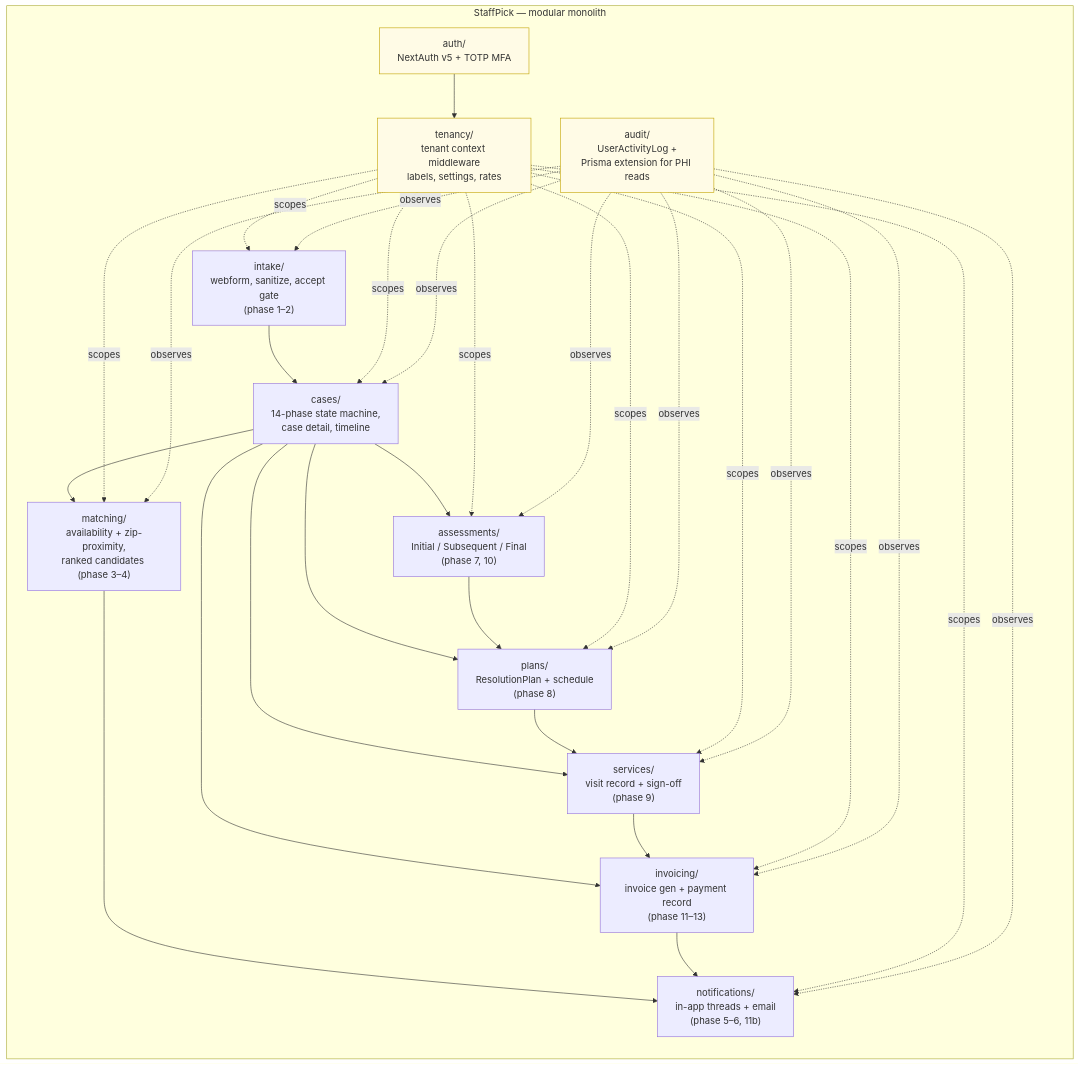
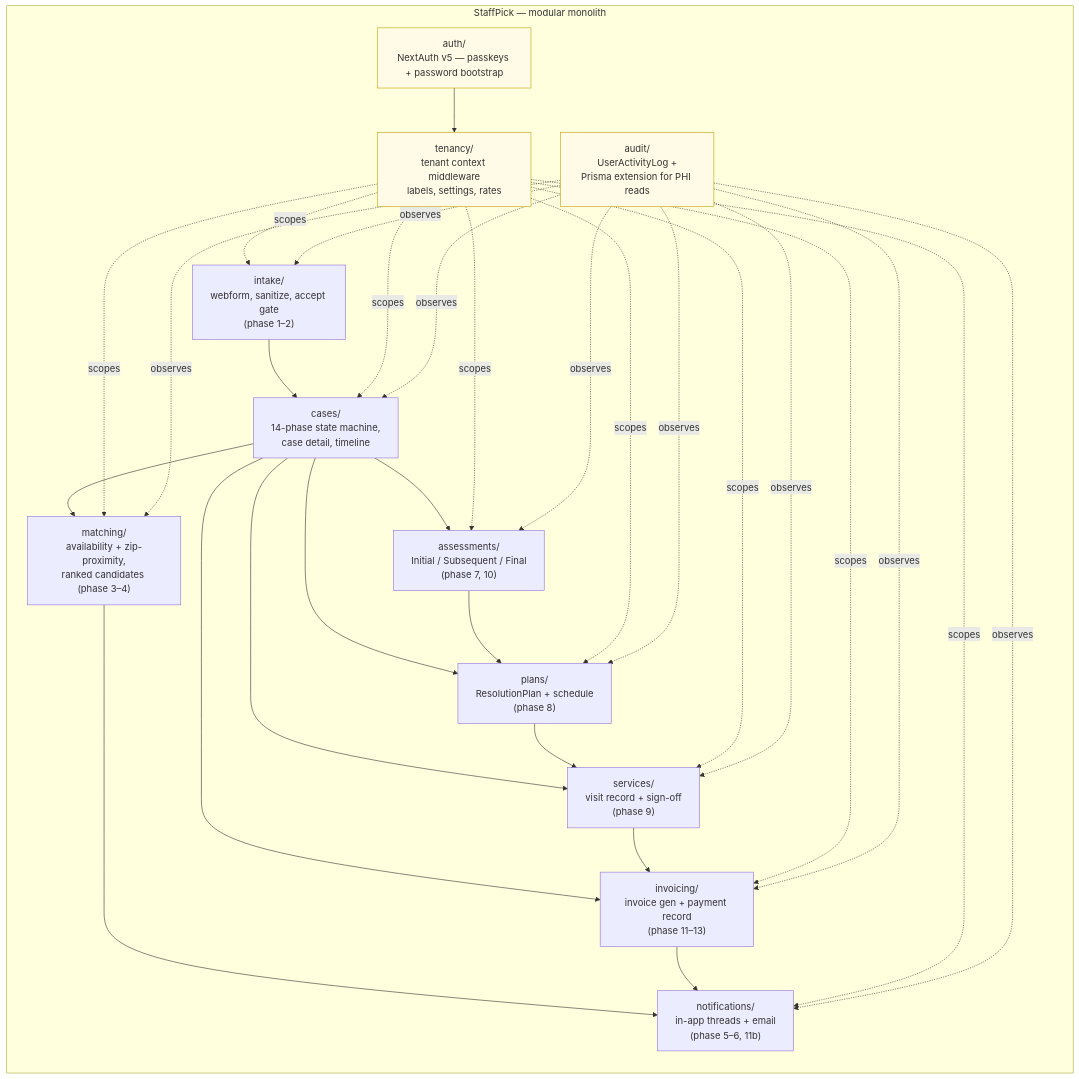
One commit to buffalog/staffpick changed the diagram in docs/architecture.md. Above: the diagram before and after it, drawn with Mermaid. The commit also changed other lines of this file and 24 other files, not shown here.

First line of the commit message:
feat: migrate auth to WebAuthn passkeys, drop TOTP + email-OTP

````diff
--- a/docs/architecture.md
+++ b/docs/architecture.md
@@ -20,53 +20,53 @@
 ```mermaid
 flowchart TB
     subgraph platform[StaffPick — modular monolith]
         direction TB
 
         intake["intake/<br/>webform, sanitize, accept gate<br/>(phase 1–2)"]
         cases["cases/<br/>14-phase state machine,<br/>case detail, timeline"]
         matching["matching/<br/>availability + zip-proximity,<br/>ranked candidates (phase 3–4)"]
         plans["plans/<br/>ResolutionPlan + schedule<br/>(phase 8)"]
         assessments["assessments/<br/>Initial / Subsequent / Final<br/>(phase 7, 10)"]
         services["services/<br/>visit record + sign-off<br/>(phase 9)"]
         invoicing["invoicing/<br/>invoice gen + payment record<br/>(phase 11–13)"]
         notifications["notifications/<br/>in-app threads + email<br/>(phase 5–6, 11b)"]
 
         tenancy["tenancy/<br/>tenant context middleware<br/>labels, settings, rates"]
-        auth["auth/<br/>NextAuth v5 + TOTP MFA"]
+        auth["auth/<br/>NextAuth v5 — passkeys + password bootstrap"]
         audit["audit/<br/>UserActivityLog +<br/>Prisma extension for PHI reads"]
     end
 
     intake --> cases
     cases --> matching
     cases --> plans
     cases --> assessments
     cases --> services
     cases --> invoicing
     matching --> notifications
     assessments --> plans
     plans --> services
     services --> invoicing
     invoicing --> notifications
 
     tenancy -.scopes.-> intake
     tenancy -.scopes.-> cases
     tenancy -.scopes.-> matching
     tenancy -.scopes.-> plans
     tenancy -.scopes.-> assessments
     tenancy -.scopes.-> services
     tenancy -.scopes.-> invoicing
     tenancy -.scopes.-> notifications
 
     auth --> tenancy
     audit -.observes.-> intake
     audit -.observes.-> cases
     audit -.observes.-> matching
     audit -.observes.-> plans
     audit -.observes.-> assessments
     audit -.observes.-> services
     audit -.observes.-> invoicing
     audit -.observes.-> notifications
 
     classDef cross fill:#fffbe6,stroke:#c2a300;
     class tenancy,auth,audit cross;
 ```
````
